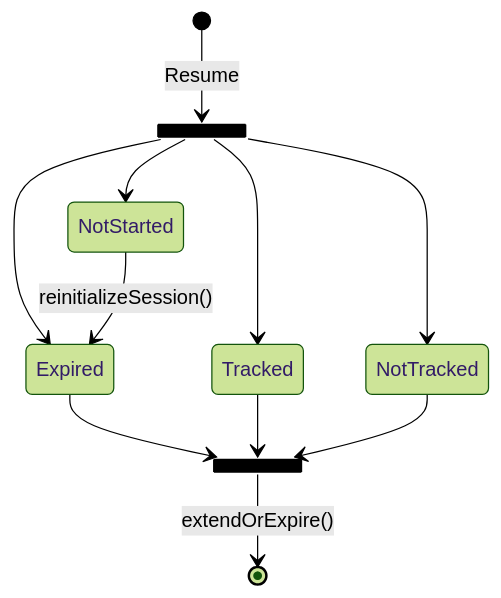
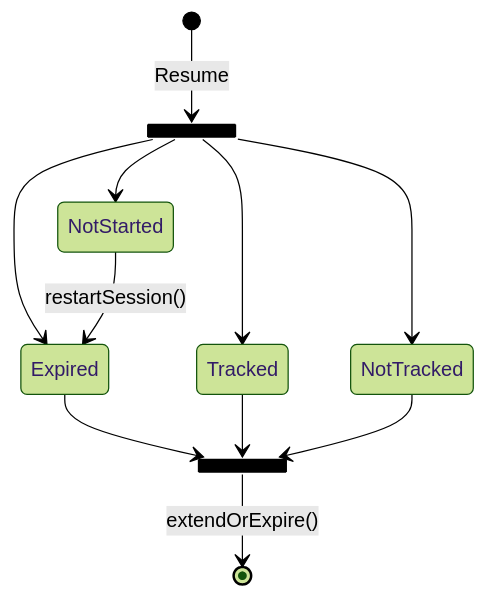
One commit to DataDog/browser-sdk changed the fourth of 8 diagrams in packages/core/src/domain/session/README.md. Above: the diagram before and after it, drawn with Mermaid (forest theme). The commit also changed other lines of this file and 8 other files, not shown here.

````diff
--- a/packages/core/src/domain/session/README.md
+++ b/packages/core/src/domain/session/README.md
@@ -59,19 +64,19 @@
 ```mermaid
 stateDiagram-v2
 state fork_state <<fork>>
 state fork_state2 <<fork>>
 
 [*] --> fork_state: Resume
 
 fork_state --> NotStarted
 fork_state --> Expired
 fork_state --> Tracked
 fork_state --> NotTracked
 
-NotStarted --> Expired: reinitializeSession()
+NotStarted --> Expired: restartSession()
 Expired --> fork_state2
 Tracked --> fork_state2
 NotTracked --> fork_state2
 
 fork_state2 --> [*]: extendOrExpire()
 ```
````
